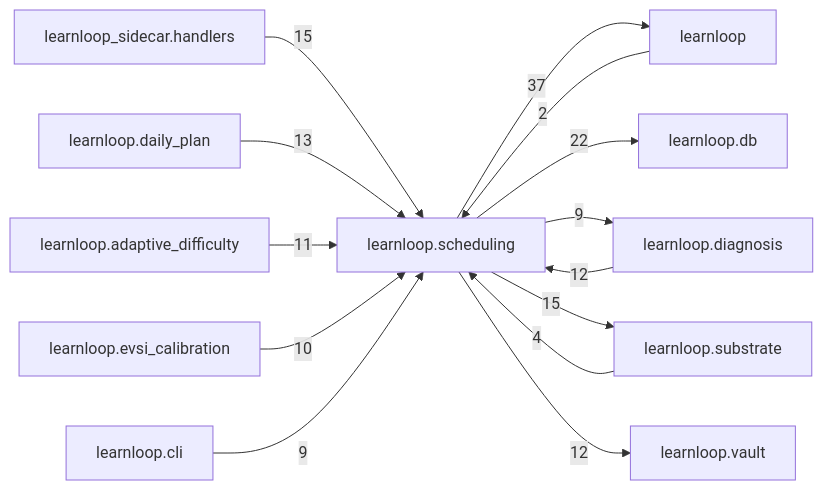
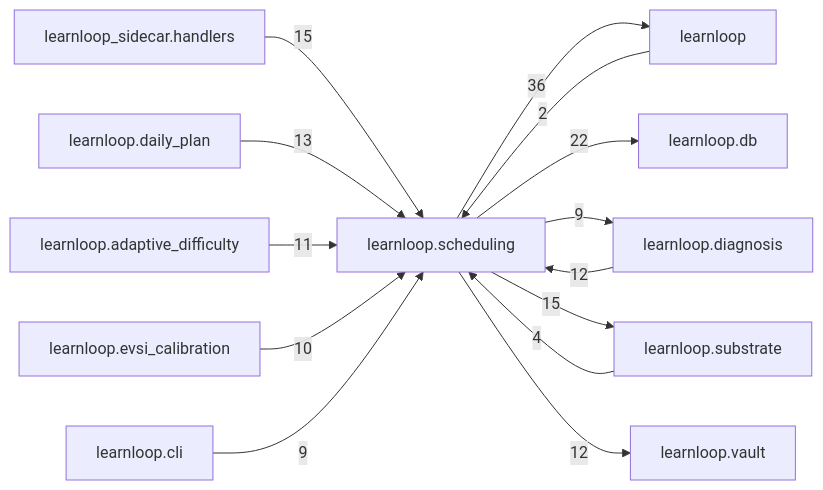
One commit to 6up-b/learnanything changed the diagram in docs/learnloop-architecture-vault/Reference/Modules/learnloop/scheduling/_package.md. Above: the diagram before and after it, drawn with Mermaid. The commit also changed other lines of this file and 88 other files, not shown here.

````diff
--- a/docs/learnloop-architecture-vault/Reference/Modules/learnloop/scheduling/_package.md
+++ b/docs/learnloop-architecture-vault/Reference/Modules/learnloop/scheduling/_package.md
@@ -171,27 +171,27 @@
 ```mermaid
 flowchart LR
     center["learnloop.scheduling"]
     n_learnloop["learnloop"]
     n_learnloop_db["learnloop.db"]
     n_learnloop_diagnosis["learnloop.diagnosis"]
     n_learnloop_substrate["learnloop.substrate"]
     n_learnloop_sidecar_handlers["learnloop_sidecar.handlers"]
     n_learnloop_daily_plan["learnloop.daily_plan"]
     n_learnloop_vault["learnloop.vault"]
     n_learnloop_adaptive_difficulty["learnloop.adaptive_difficulty"]
     n_learnloop_evsi_calibration["learnloop.evsi_calibration"]
     n_learnloop_cli["learnloop.cli"]
     n_learnloop -->|2| center
-    center -->|37| n_learnloop
+    center -->|36| n_learnloop
     center -->|22| n_learnloop_db
     n_learnloop_diagnosis -->|12| center
     center -->|9| n_learnloop_diagnosis
     n_learnloop_substrate -->|4| center
     center -->|15| n_learnloop_substrate
     n_learnloop_sidecar_handlers -->|15| center
     n_learnloop_daily_plan -->|13| center
     center -->|12| n_learnloop_vault
     n_learnloop_adaptive_difficulty -->|11| center
     n_learnloop_evsi_calibration -->|10| center
     n_learnloop_cli -->|9| center
 ```
````
